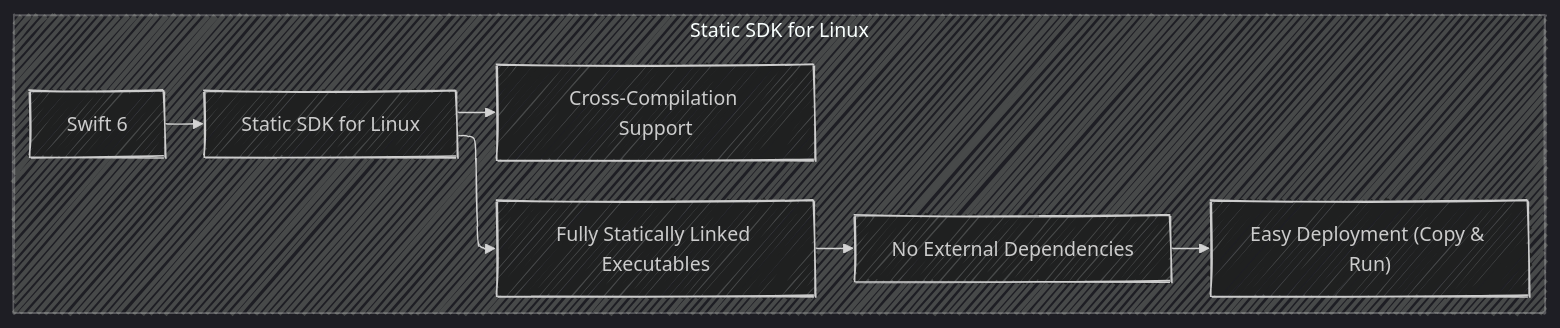
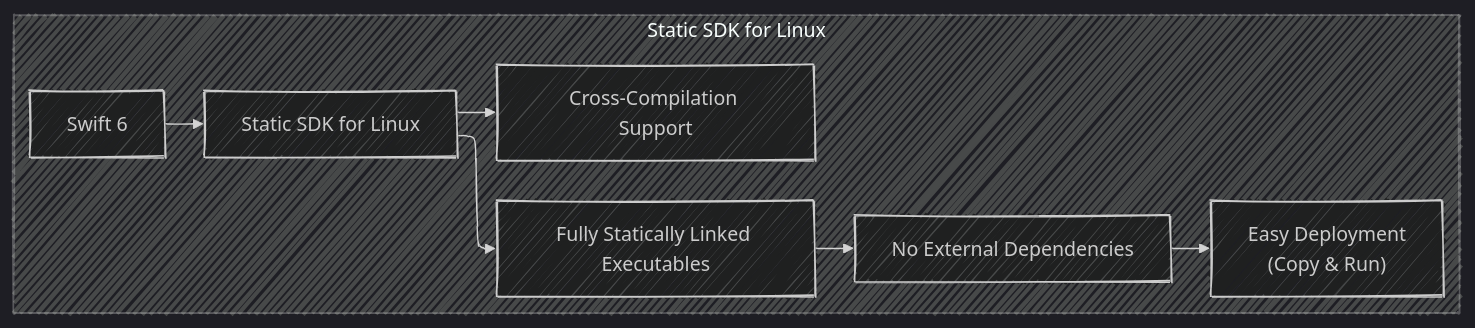
The eighth of 9 diagrams in Swift_Language/Swift-6.md (CongLeSolutionX/iOS-development-vault), drawn with Mermaid before and after one commit. The commit also changed other lines of this file, not shown here.

````diff
--- a/Swift_Language/Swift-6.md
+++ b/Swift_Language/Swift-6.md
@@ -319,17 +319,17 @@
 ```mermaid
 ---
 config:
   layout: elk
   look: handDrawn
   theme: dark
 ---
 graph LR
     subgraph Static SDK for Linux
         A["Swift 6"] --> B["Static SDK for Linux"];
         B --> C["Fully Statically Linked Executables"];
         C --> D["No External Dependencies"];
-        D --> E["Easy Deployment (Copy & Run)"];
+        D --> E["Easy Deployment <br> (Copy & Run)"];
         B --> F["Cross-Compilation Support"];
     end
     
 ```
````
